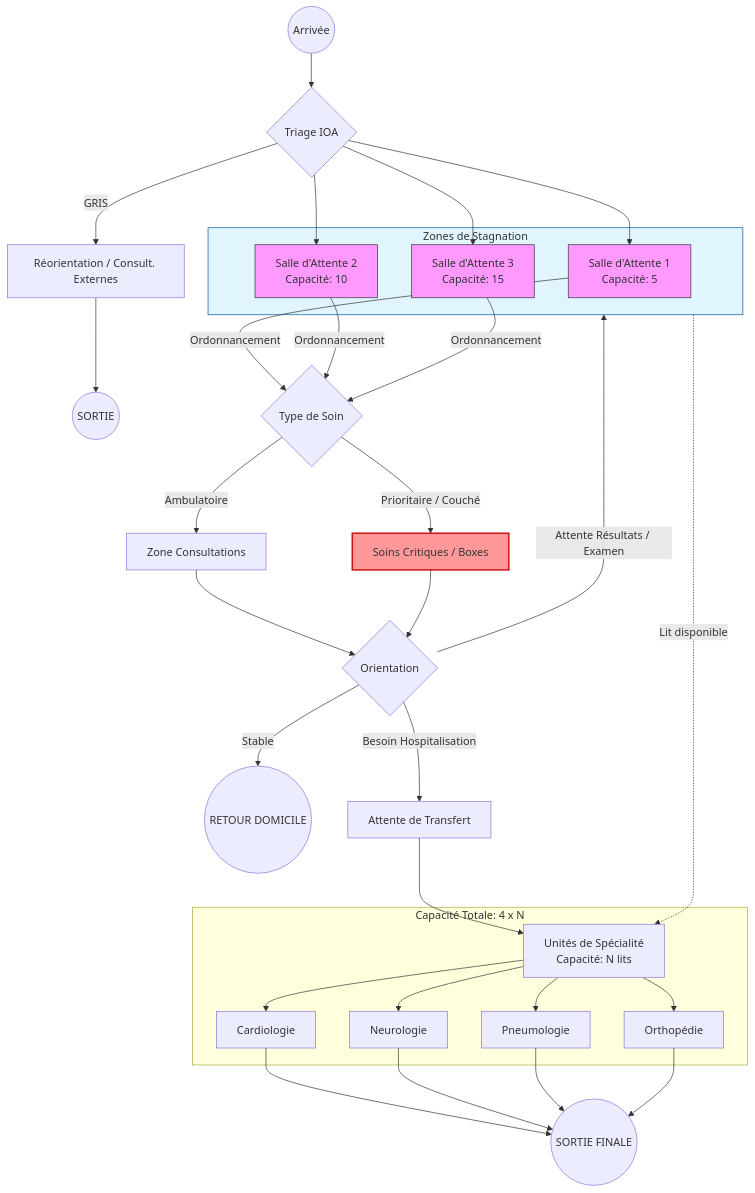
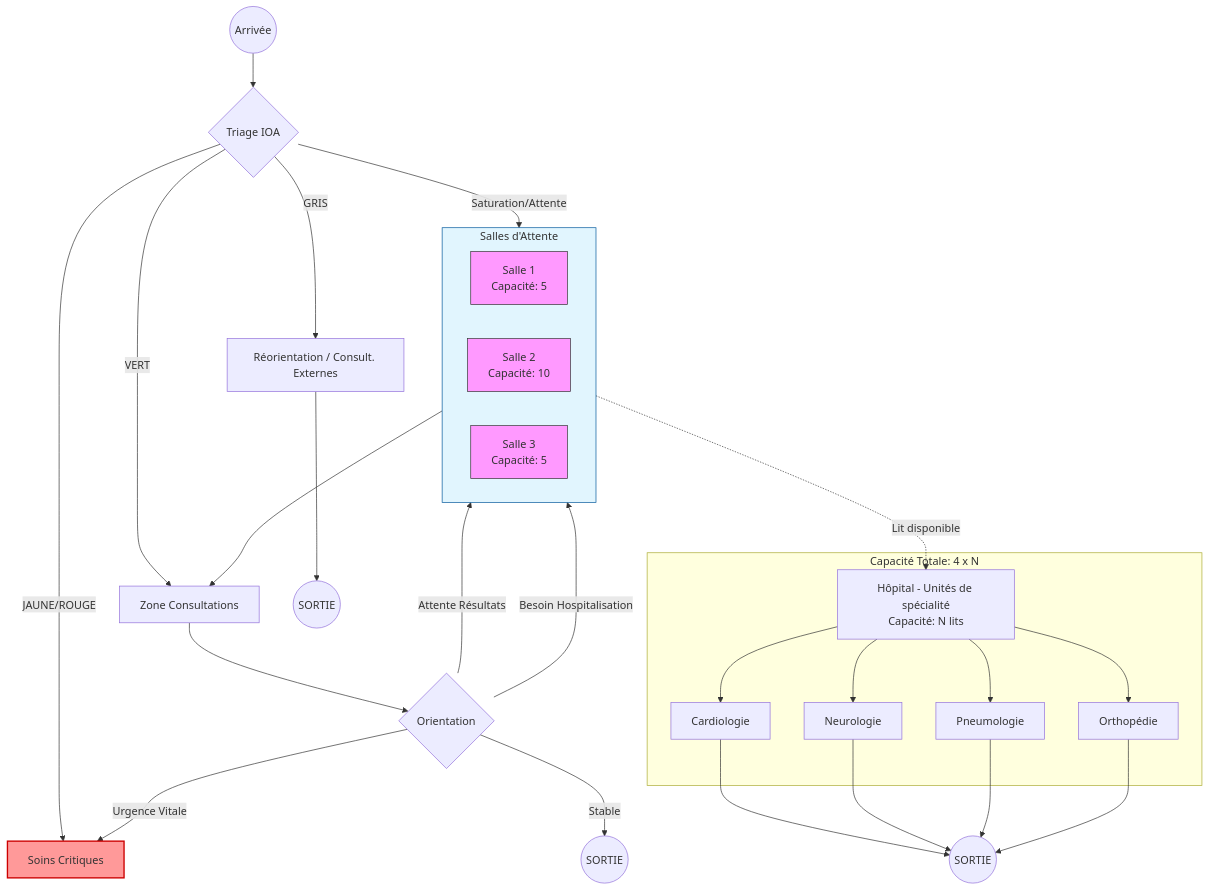
One commit to rsquaredata/emergency_manager changed the diagram in docs/architecture.md. Above: the diagram before and after it, drawn with Mermaid.

````diff
--- a/docs/architecture.md
+++ b/docs/architecture.md
@@ -1,56 +1,55 @@
 ```mermaid
 graph TD
-    %% Entrée et Triage
+    %% Entrée et Triage Direct
     Start((Arrivée)) --> IOA{Triage IOA}
 
-    %% Réorientation
+    %% Flux Directs depuis Triage
     IOA -->|GRIS| Reorient[Réorientation / Consult. Externes]
+    IOA -->|JAUNE/ROUGE| Critical[Soins Critiques]
+    IOA -->|VERT| Consult[Zone Consultations]
+    IOA -->|Saturation/Attente| SA
+
+    %% Réorientation vers Sortie
     Reorient --> Out1((SORTIE))
 
-    %% Salles d'Attente (Capacités strictes)
-    IOA --> SA1[Salle d'Attente 1<br/>Capacité: 5]
-    IOA --> SA2[Salle d'Attente 2<br/>Capacité: 10]
-    IOA --> SA3[Salle d'Attente 3<br/>Capacité: 15]
-
-    subgraph Zones_Attente [Zones de Stagnation]
-        SA1
-        SA2
-        SA3
+    %% Salles d'Attente
+    subgraph SA [Salles d'Attente]
+        SA1[Salle 1<br/>Capacité: 5]
+        SA2[Salle 2<br/>Capacité: 10]
+        SA3[Salle 3<br/>Capacité: 5]
     end
 
-    %% Flux vers Prise en Charge
-    SA1 & SA2 & SA3 -->|Ordonnancement| Care{Type de Soin}
+    %% Flux depuis Salles d'Attente
+    SA --> Consult
 
-    Care -->|Ambulatoire| Consult[Zone Consultations]
-    Care -->|Prioritaire / Couché| Critical[Soins Critiques / Boxes]
+    %% Soins et Décisions
+    Consult --> Decision{Orientation}
+    
+    %% Note: Suppression de la flèche Critical -> Decision selon consigne
 
-    %% Boucles et Issues
-    Consult & Critical --> Decision{Orientation}
-    
-    Decision -->|Attente Résultats / Examen| Zones_Attente
-    Decision -->|Stable| Home((RETOUR DOMICILE))
-    Decision -->|Besoin Hospitalisation| Wait[Attente de Transfert]
+    %% Issues de la décision
+    Decision -->|Attente Résultats| SA
+    Decision -->|Stable| Home((SORTIE))
+    Decision -->|Besoin Hospitalisation| SA
+    Decision -->|Urgence Vitale| Critical
 
-    %% La flèche directe de stagnation vers les unités (Attente de lit)
-    Zones_Attente -.->|Lit disponible| Units
-
-    %% Unités Aval (Capacité variable N)
-    Wait --> Units[Unités de Spécialité<br/>Capacité: N lits]
+    %% Transfert vers l'Hôpital
+    SA -.->|Lit disponible| Units[Hôpital - Unités de spécialité<br/>Capacité: N lits]
     
     subgraph Unites_Aval [Capacité Totale: 4 x N]
         Units --> Cardio[Cardiologie]
         Units --> Neuro[Neurologie]
         Units --> Pneumo[Pneumologie]
         Units --> Ortho[Orthopédie]
     end
 
-    %% Sorties
-    Cardio & Neuro & Pneumo & Ortho --> Out3((SORTIE FINALE))
+    %% Sorties finales
+    Cardio & Neuro & Pneumo & Ortho --> Out3((SORTIE))
 
     %% Style
     style SA1 fill:#f9f,stroke:#333
     style SA2 fill:#f9f,stroke:#333
     style SA3 fill:#f9f,stroke:#333
     style Critical fill:#ff9999,stroke:#cc0000,stroke-width:2px
-    style Zones_Attente fill:#e1f5fe,stroke:#01579b
+    style SA fill:#e1f5fe,stroke:#01579b
 ```
````
